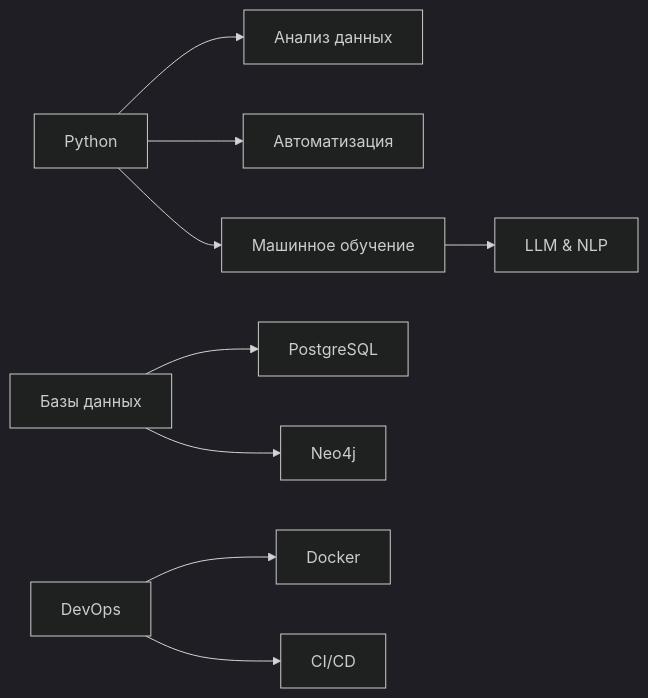
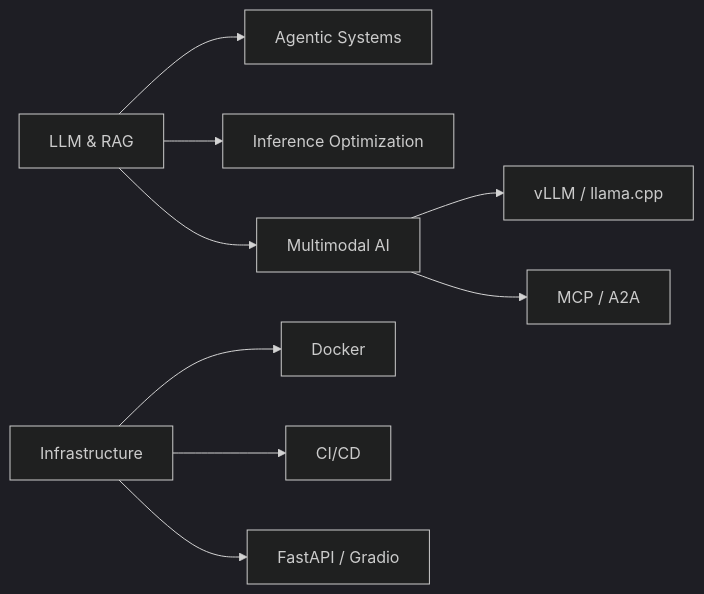
One commit to Ge-os/Ge-os changed the diagram in README.md. Above: the diagram before and after it, drawn with Mermaid (dark theme). The commit also changed other lines of this file, not shown here.

````diff
--- a/README.md
+++ b/README.md
@@ -9,11 +8,11 @@
 ```mermaid
 graph LR
-    A[Python] --> B[Анализ данных]
-    A --> C[Автоматизация]
-    A --> D[Машинное обучение]
-    D --> E[LLM & NLP]
-    F[Базы данных] --> G[PostgreSQL]
-    F --> H[Neo4j]
-    I[DevOps] --> J[Docker]
-    I --> K[CI/CD]
+    A[LLM & RAG] --> B[Agentic Systems]
+    A --> C[Inference Optimization]
+    A --> D[Multimodal AI]
+    D --> E[vLLM / llama.cpp]
+    D --> F[MCP / A2A]
+    G[Infrastructure] --> H[Docker]
+    G --> I[CI/CD]
+    G --> J[FastAPI / Gradio]
 ```
````
